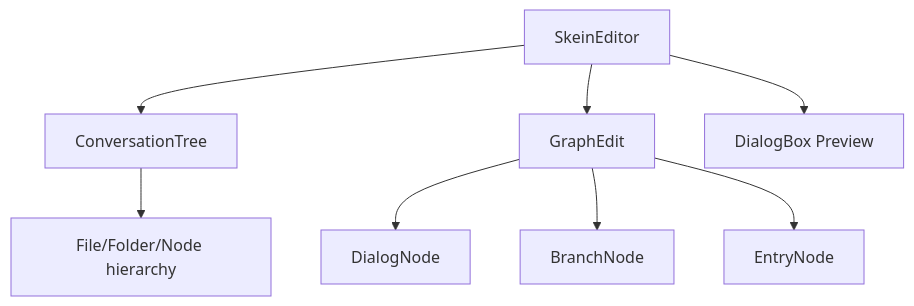
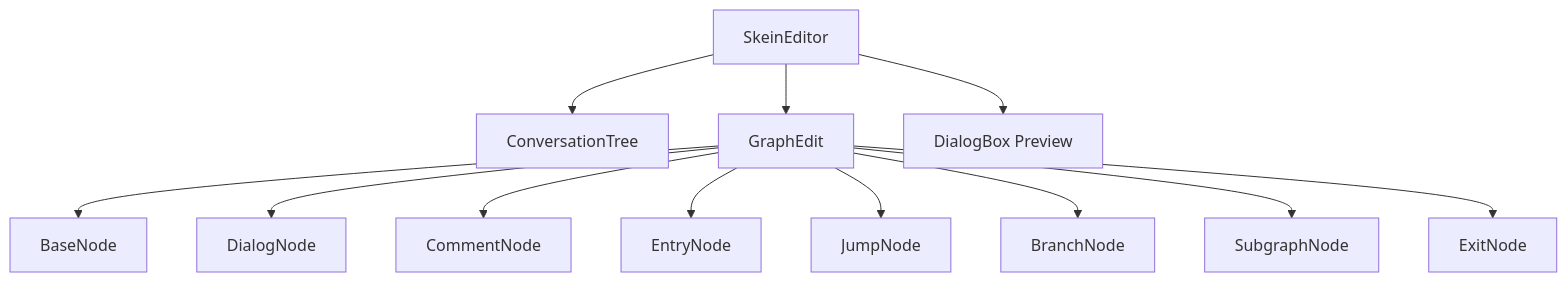
The first of 2 diagrams in lode/editor/visual-editor.md (DaelonSuzuka/Skein), drawn with Mermaid before and after one commit. The commit also changed other lines of this file and 1 other file, not shown here.

First line of the commit message:
docs(lode): update architecture and editor docs after upstream sync

````diff
--- a/lode/editor/visual-editor.md
+++ b/lode/editor/visual-editor.md
@@ -7,10 +7,14 @@
 ```mermaid
 flowchart TB
-    A[SkeinEditor] --> B[ConversationTree]
-    A --> C[GraphEdit]
-    A --> D[DialogBox Preview]
-    B --> E[File/Folder/Node hierarchy]
-    C --> F[DialogNode]
-    C --> G[BranchNode]
-    C --> H[EntryNode]
+    SE[SkeinEditor] --> CT[ConversationTree]
+    SE --> GE[GraphEdit]
+    SE --> DB[DialogBox Preview]
+    GE --> BN[BaseNode]
+    GE --> DN[DialogNode]
+    GE --> CN[CommentNode]
+    GE --> EN[EntryNode]
+    GE --> JN[JumpNode]
+    GE --> BN2[BranchNode]
+    GE --> SN[SubgraphNode]
+    GE --> XN[ExitNode]
 ```
````
